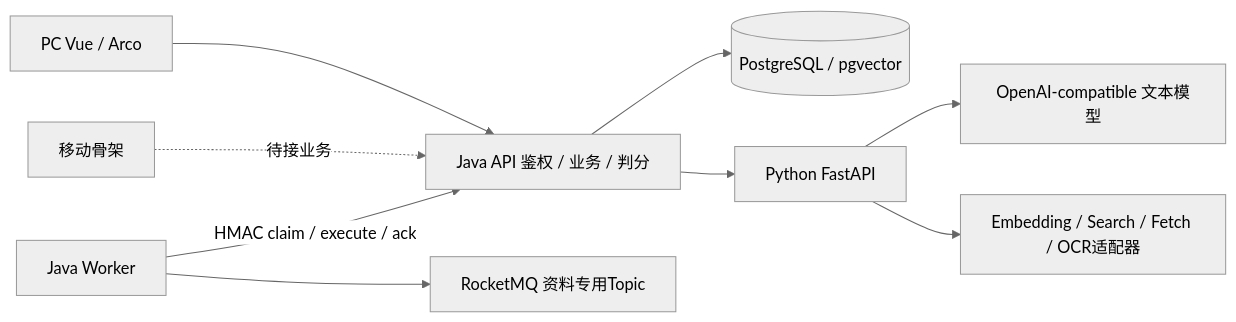
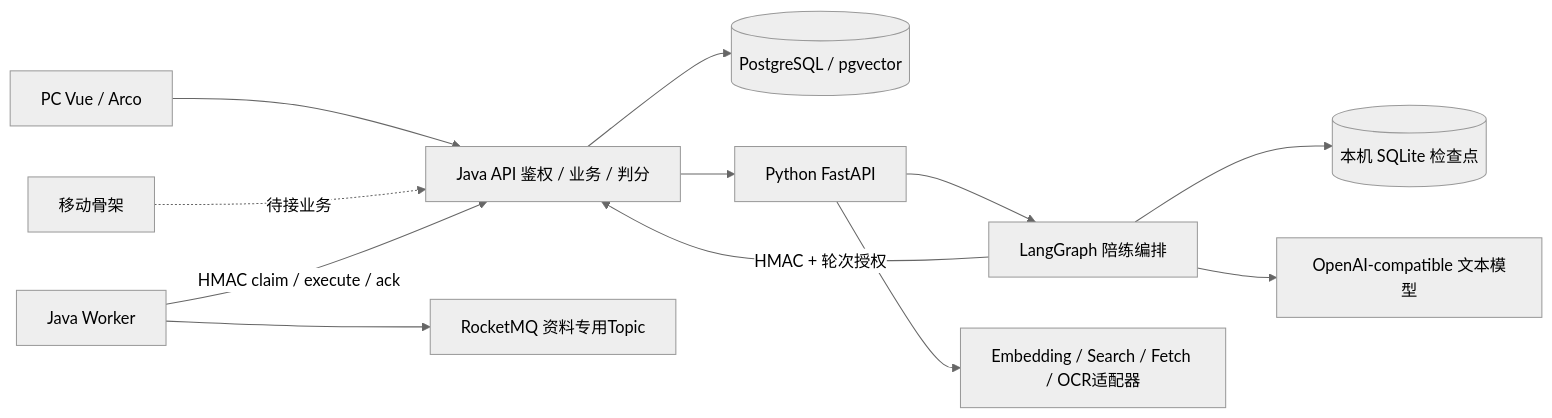
Before and after one commit to briantang1117/quest-agent: the diagram in docs/架构说明.md, drawn with Mermaid (neutral theme). The commit also changed other lines of this file and 44 other files, not shown here.

````diff
--- a/docs/架构说明.md
+++ b/docs/架构说明.md
@@ -5,11 +5,14 @@
 ```mermaid
 flowchart LR
   PC[PC Vue / Arco] --> API[Java API 鉴权 / 业务 / 判分]
   M[移动骨架] -.待接业务.-> API
   API --> PG[(PostgreSQL / pgvector)]
   API --> PY[Python FastAPI]
-  PY --> LLM[OpenAI-compatible 文本模型]
+  PY --> G[LangGraph 陪练编排]
+  G -->|HMAC + 轮次授权| API
+  G --> CP[(本机 SQLite 检查点)]
+  G --> LLM[OpenAI-compatible 文本模型]
   PY --> EXT[Embedding / Search / Fetch / OCR适配器]
   W[Java Worker] --> MQ[RocketMQ 资料专用Topic]
   W -->|HMAC claim / execute / ack| API
 ```
````
